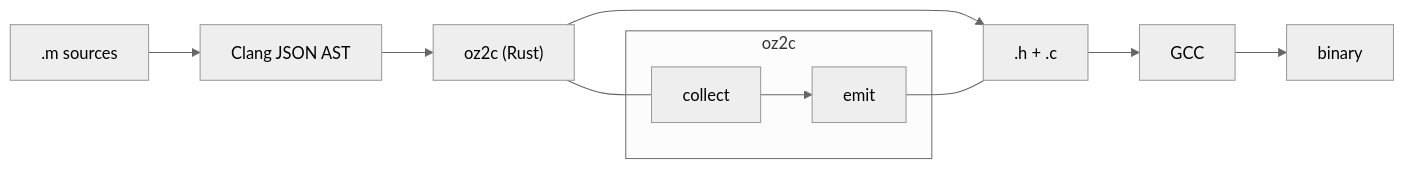
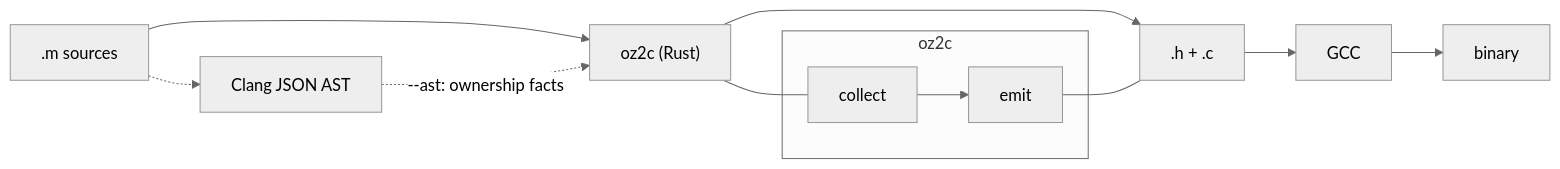
One commit to rodrigopex/objective-z changed the diagram in README.md. Above: the diagram before and after it, drawn with Mermaid (neutral theme). The commit also changed other lines of this file and 2 other files, not shown here.

````diff
--- a/README.md
+++ b/README.md
@@ -259,14 +258,15 @@
 ```mermaid
 graph LR
-    A[".m sources"] --> B["Clang JSON AST"]
-    B --> C["oz2c (Rust)"]
+    A[".m sources"] --> C["oz2c (Rust)"]
+    A -.-> B["Clang JSON AST"]
+    B -.->|"--ast: ownership facts"| C
     C --> D[".h + .c"]
     D --> E["GCC"]
     E --> F["binary"]
 
     subgraph "oz2c"
         C1["collect"] --> C2["emit"]
     end
     C --- C1
     C2 --- D
 ```
````
